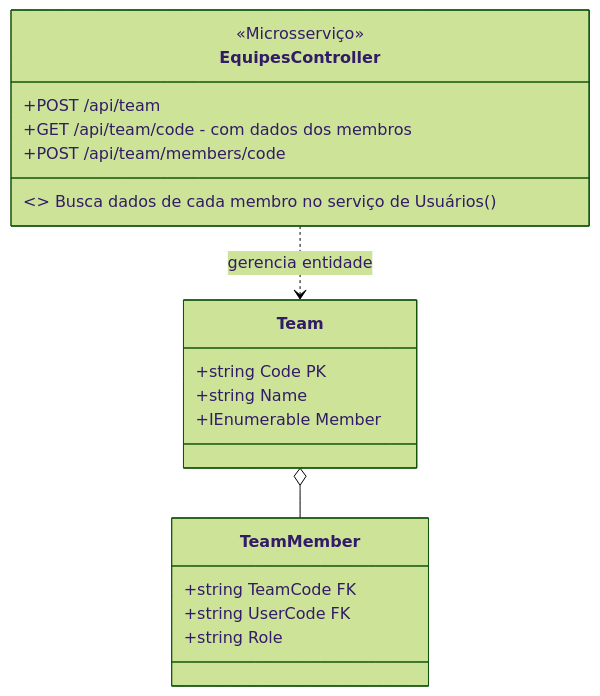
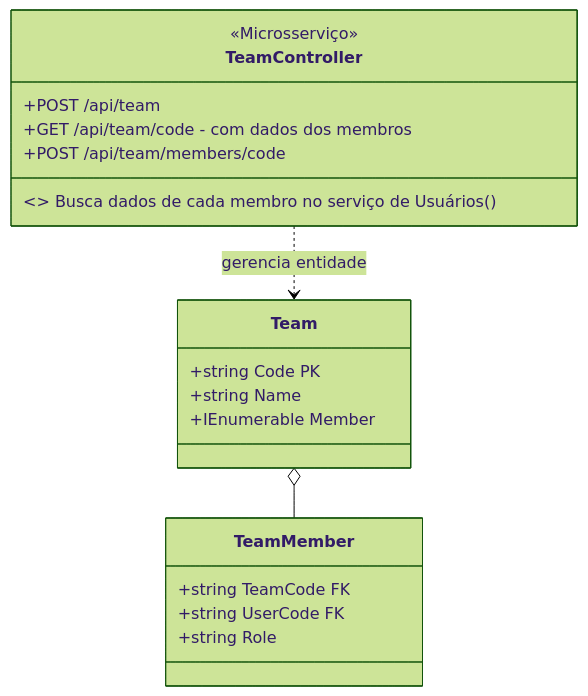
The third of 7 diagrams in README.md (thales-vaz-sousa/Branchstorm), drawn with Mermaid (forest theme) before and after one commit. The commit also changed other lines of this file, not shown here.

````diff
--- a/README.md
+++ b/README.md
@@ -104,26 +104,26 @@
 ```mermaid
 classDiagram
-    class EquipesController {
+    class TeamController {
         <<Microsserviço>>
         +POST /api/team
         +GET /api/team/code - com dados dos membros
         +POST /api/team/members/code
 
         <> Busca dados de cada membro no serviço de Usuários ()
     }
 
     class Team {
         +string Code PK
         +string Name
         +IEnumerable<TeamMember> Member
     }
 
     class TeamMember {
         +string TeamCode FK
         +string UserCode FK
         +string Role
     }
 
-    EquipesController ..> Team : gerencia entidade
+    TeamController ..> Team : gerencia entidade
     Team o-- TeamMember : 
 ```
````
